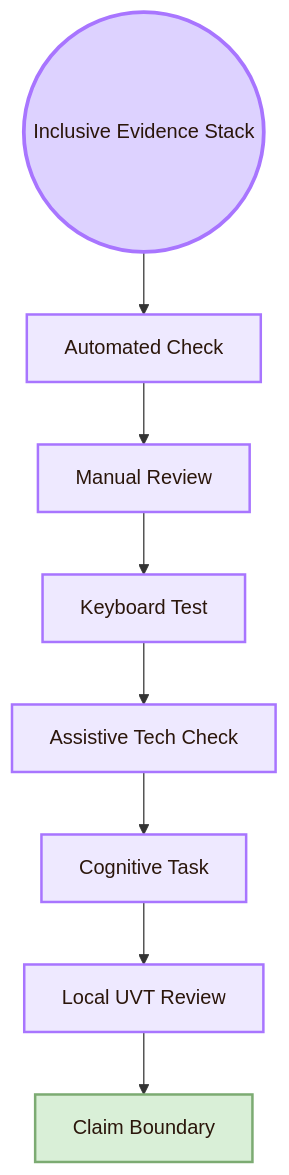
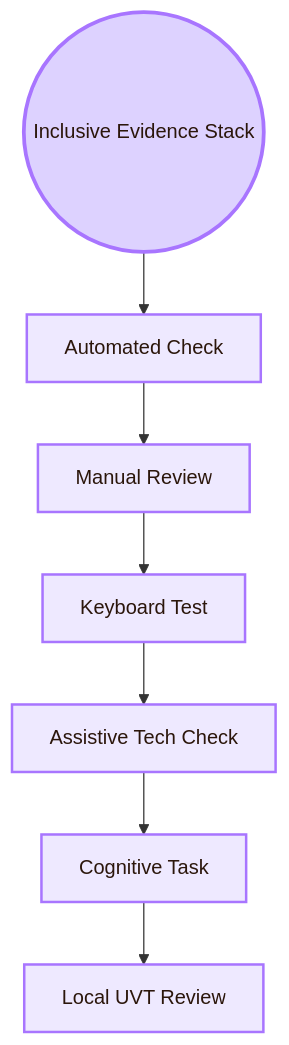
The eighth of 11 diagrams in 01_Core_Area_HCI/001_Subareas/04_Accessibility_and_Accountability/Overview.md (andreitegzes06-ui/CogniShire), drawn with Mermaid before and after one commit. The commit also changed other lines of this file and 131 other files, not shown here.

````diff
--- a/01_Core_Area_HCI/001_Subareas/04_Accessibility_and_Accountability/Overview.md
+++ b/01_Core_Area_HCI/001_Subareas/04_Accessibility_and_Accountability/Overview.md
@@ -322,20 +317,19 @@
 ```mermaid
 flowchart TB
     A((Inclusive Evidence Stack))
 
     A --> B[Automated Check]
     B --> C[Manual Review]
     C --> D[Keyboard Test]
     D --> E[Assistive Tech Check]
     E --> F[Cognitive Task]
     F --> G[Local UVT Review]
-    G --> H[Claim Boundary]
 
     classDef center fill:#ddd2ff,stroke:#a875ff,color:#2b160b,stroke-width:3px;
     classDef node fill:#eee9ff,stroke:#a875ff,color:#2b160b,stroke-width:2px;
     classDef final fill:#d9efd7,stroke:#7cab72,color:#2b160b,stroke-width:2px;
 
     class A center;
     class B,C,D,E,F,G node;
     class H final;
 ```
````
